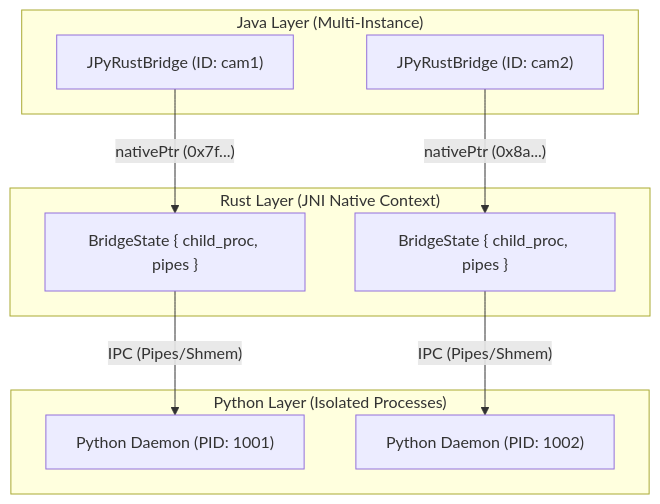
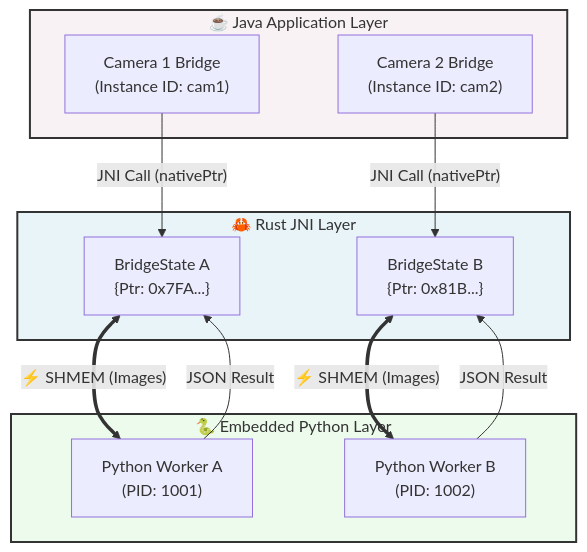
Before and after one commit to farmer0010/JPyRust: the first of 2 diagrams in README.md, drawn with Mermaid. The commit also changed other lines of this file, not shown here.

````diff
--- a/README.md
+++ b/README.md
@@ -94,23 +48,29 @@
 ```mermaid
 graph TD
-    subgraph "Java Layer (Multi-Instance)"
-        J1["JPyRustBridge (ID: cam1)"]
-        J2["JPyRustBridge (ID: cam2)"]
+    subgraph JavaApp [☕ Java Application Layer]
+        style JavaApp fill:#f9f2f4,stroke:#333,stroke-width:2px
+        J1["Camera 1 Bridge<br>(Instance ID: cam1)"]
+        J2["Camera 2 Bridge<br>(Instance ID: cam2)"]
     end
 
-    subgraph "Rust Layer (JNI Native Context)"
-        R1["BridgeState { child_proc, pipes }"]
-        R2["BridgeState { child_proc, pipes }"]
+    subgraph NativeLayer [🦀 Rust JNI Layer]
+        style NativeLayer fill:#e8f4f8,stroke:#333,stroke-width:2px
+        R1["BridgeState A<br>{Ptr: 0x7FA...}"]
+        R2["BridgeState B<br>{Ptr: 0x81B...}"]
     end
 
-    subgraph "Python Layer (Isolated Processes)"
-        P1["Python Daemon (PID: 1001)"]
-        P2["Python Daemon (PID: 1002)"]
+    subgraph PythonLayer [🐍 Embedded Python Layer]
+        style PythonLayer fill:#edfbec,stroke:#333,stroke-width:2px
+        P1["Python Worker A<br>(PID: 1001)"]
+        P2["Python Worker B<br>(PID: 1002)"]
     end
 
-    J1 -- "nativePtr (0x7f...)" --> R1
-    J2 -- "nativePtr (0x8a...)" --> R2
+    J1 -- "JNI Call (nativePtr)" --> R1
+    J2 -- "JNI Call (nativePtr)" --> R2
     
-    R1 -- IPC (Pipes/Shmem) --> P1
-    R2 -- IPC (Pipes/Shmem) --> P2
+    R1 <== "⚡ SHMEM (Images)" ==> P1
+    R2 <== "⚡ SHMEM (Images)" ==> P2
+    
+    P1 -- "JSON Result" --> R1
+    P2 -- "JSON Result" --> R2
 ```
````
